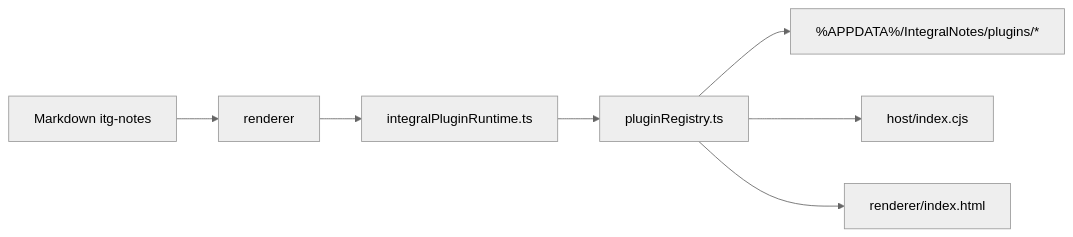
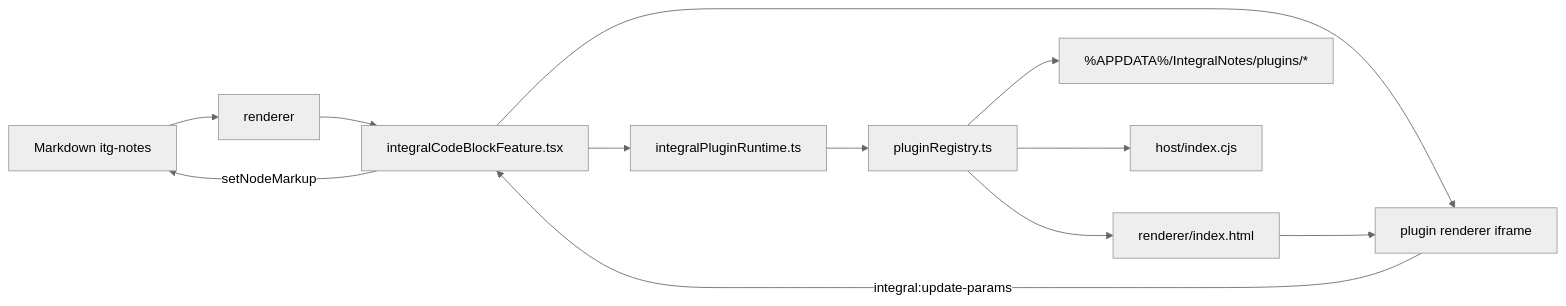
One commit to kaY-hR/IntegralNotes changed the first of 2 diagrams in docs/20_アーキテクチャ/pluginシステム.md. Above: the diagram before and after it, drawn with Mermaid (neutral theme). The commit also changed other lines of this file and 4 other files, not shown here.

````diff
--- a/docs/20_アーキテクチャ/pluginシステム.md
+++ b/docs/20_アーキテクチャ/pluginシステム.md
@@ -128,9 +171,14 @@
 ```mermaid
 flowchart LR
   Note["Markdown itg-notes"] --> Renderer["renderer"]
-  Renderer --> Runtime["integralPluginRuntime.ts"]
+  Renderer --> NodeView["integralCodeBlockFeature.tsx"]
+  NodeView --> Iframe["plugin renderer iframe"]
+  Iframe -->|integral:update-params| NodeView
+  NodeView -->|setNodeMarkup| Note
+  NodeView --> Runtime["integralPluginRuntime.ts"]
   Runtime --> Main["pluginRegistry.ts"]
   Main --> Installed["%APPDATA%/IntegralNotes/plugins/*"]
   Main --> Host["host/index.cjs"]
   Main --> Html["renderer/index.html"]
+  Html --> Iframe
 ```
````
